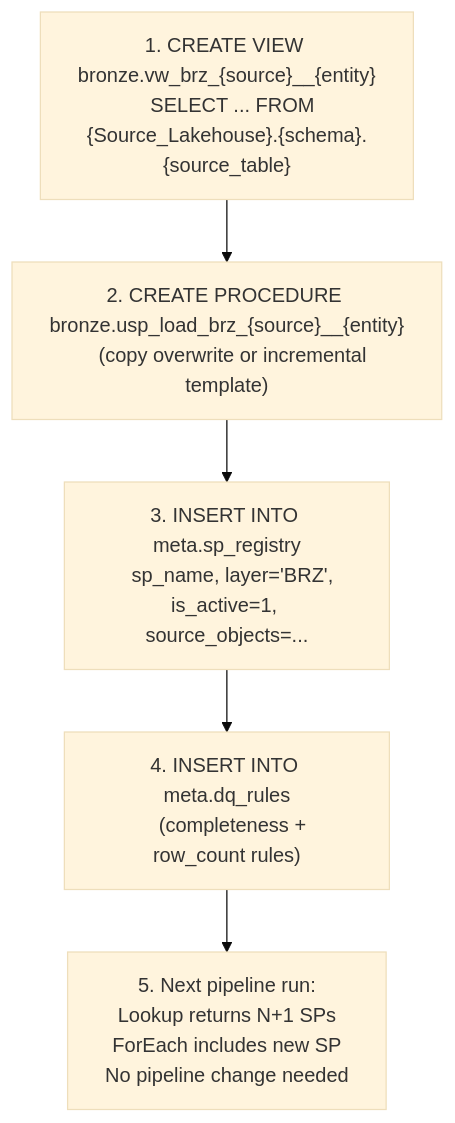
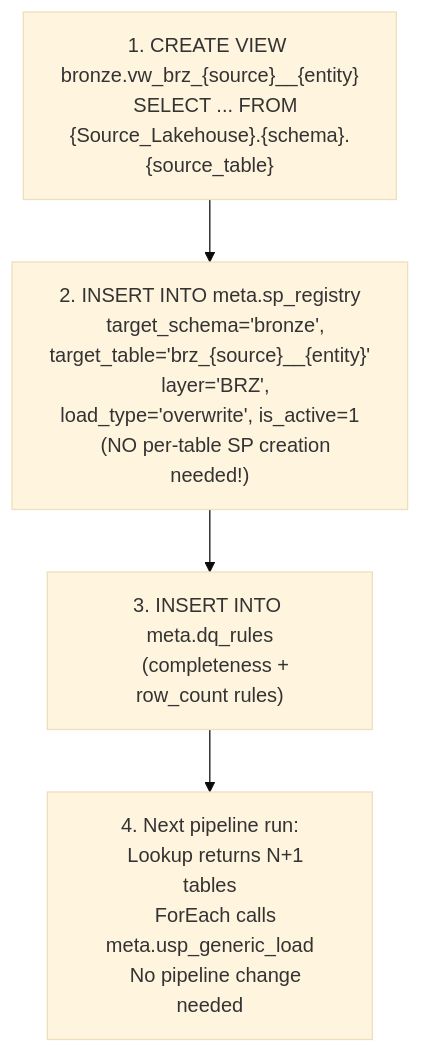
Diagram 11 of 13 in Fabric_Architect/template_architecture.md (ankinguyen-engineer-2002/Fabric-v9-Warehouse-Medallion), drawn with Mermaid (base theme) before and after one commit. The commit also changed other lines of this file and 7 other files, not shown here.

First line of the commit message:
Generic SP migration: 28 per-table SPs → 1 meta.usp_generic_load

````diff
--- a/Fabric_Architect/template_architecture.md
+++ b/Fabric_Architect/template_architecture.md
@@ -649,10 +589,9 @@
 ```mermaid
 flowchart TD
     A["1. CREATE VIEW bronze.vw_brz_{source}__{entity}\n   SELECT ... FROM {Source_Lakehouse}.{schema}.{source_table}"]
-    B["2. CREATE PROCEDURE bronze.usp_load_brz_{source}__{entity}\n   (copy overwrite or incremental template)"]
-    C["3. INSERT INTO meta.sp_registry\n   sp_name, layer='BRZ', is_active=1, source_objects=..."]
-    D["4. INSERT INTO meta.dq_rules\n   (completeness + row_count rules)"]
-    E["5. Next pipeline run:\n   Lookup returns N+1 SPs\n   ForEach includes new SP\n   No pipeline change needed"]
+    B["2. INSERT INTO meta.sp_registry\n   target_schema='bronze', target_table='brz_{source}__{entity}'\n   layer='BRZ', load_type='overwrite', is_active=1\n   (NO per-table SP creation needed!)"]
+    C["3. INSERT INTO meta.dq_rules\n   (completeness + row_count rules)"]
+    D["4. Next pipeline run:\n   Lookup returns N+1 tables\n   ForEach calls meta.usp_generic_load\n   No pipeline change needed"]
 
-    A --> B --> C --> D --> E
+    A --> B --> C --> D
 ```
````
